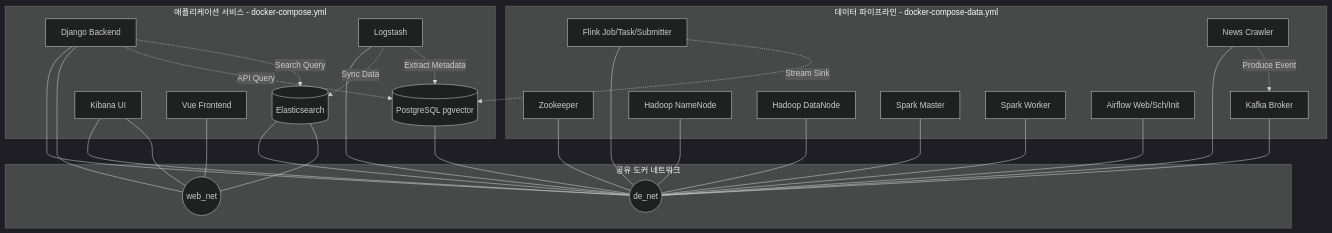
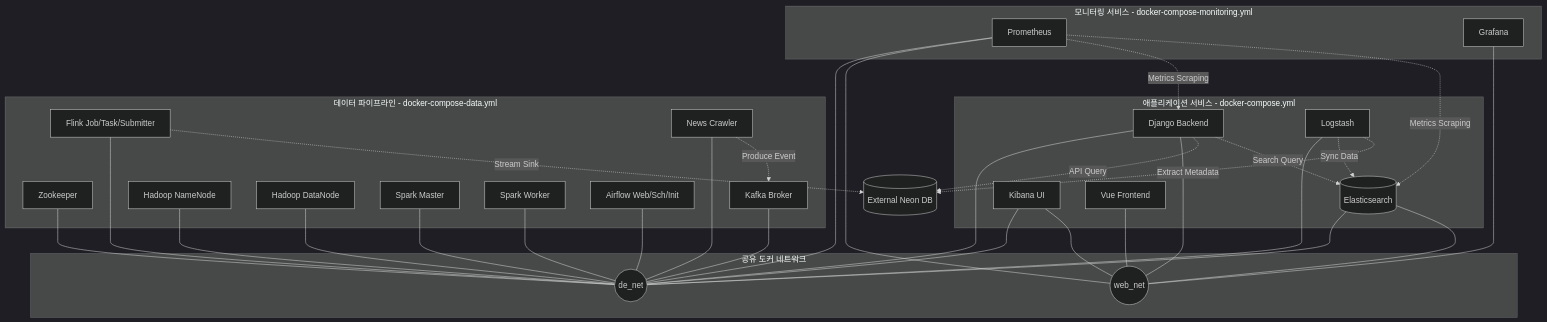
Before and after one commit to Kim-jin-gwang/Bond-EZ: the diagram in docs/PROJECT_GUIDE.md, drawn with Mermaid (dark theme). The commit also changed other lines of this file, not shown here.

````diff
--- a/docs/PROJECT_GUIDE.md
+++ b/docs/PROJECT_GUIDE.md
@@ -11,57 +11,68 @@
 ```mermaid
 graph TD
     subgraph Shared_Networks [공유 도커 네트워크]
         de_net((de_net))
         web_net((web_net))
     end
 
     subgraph App_Compose [애플리케이션 서비스 - docker-compose.yml]
-        db[(PostgreSQL pgvector)]
         elasticsearch[(Elasticsearch)]
         kibana[Kibana UI]
         backend[Django Backend]
         frontend[Vue Frontend]
         logstash[Logstash]
     end
+
+    db[(External Neon DB)]
 
     subgraph Pipeline_Compose [데이터 파이프라인 - docker-compose-data.yml]
         zookeeper[Zookeeper]
         kafka[Kafka Broker]
         namenode[Hadoop NameNode]
         datanode[Hadoop DataNode]
         spark_master[Spark Master]
         spark_worker[Spark Worker]
         airflow[Airflow Web/Sch/Init]
         flink[Flink Job/Task/Submitter]
         crawler[News Crawler]
     end
 
+    subgraph Monitor_Compose [모니터링 서비스 - docker-compose-monitoring.yml]
+        prometheus[Prometheus]
+        grafana[Grafana]
+    end
+
     %% Network Mappings
-    db --- de_net
     elasticsearch --- de_net
     elasticsearch --- web_net
     kibana --- de_net
     kibana --- web_net
     backend --- de_net
     backend --- web_net
     frontend --- web_net
-
     logstash --- de_net
+    
     zookeeper --- de_net
     kafka --- de_net
     namenode --- de_net
     datanode --- de_net
     spark_master --- de_net
     spark_worker --- de_net
     airflow --- de_net
     flink --- de_net
     crawler --- de_net
 
+    prometheus --- de_net
+    prometheus --- web_net
+    grafana --- web_net
+
     %% Logical Dependencies
     backend -.->|API Query| db
     backend -.->|Search Query| elasticsearch
     logstash -.->|Sync Data| elasticsearch
     logstash -.->|Extract Metadata| db
     crawler -.->|Produce Event| kafka
     flink -.->|Stream Sink| db
+    prometheus -.->|Metrics Scraping| backend
+    prometheus -.->|Metrics Scraping| elasticsearch
 ```
````
